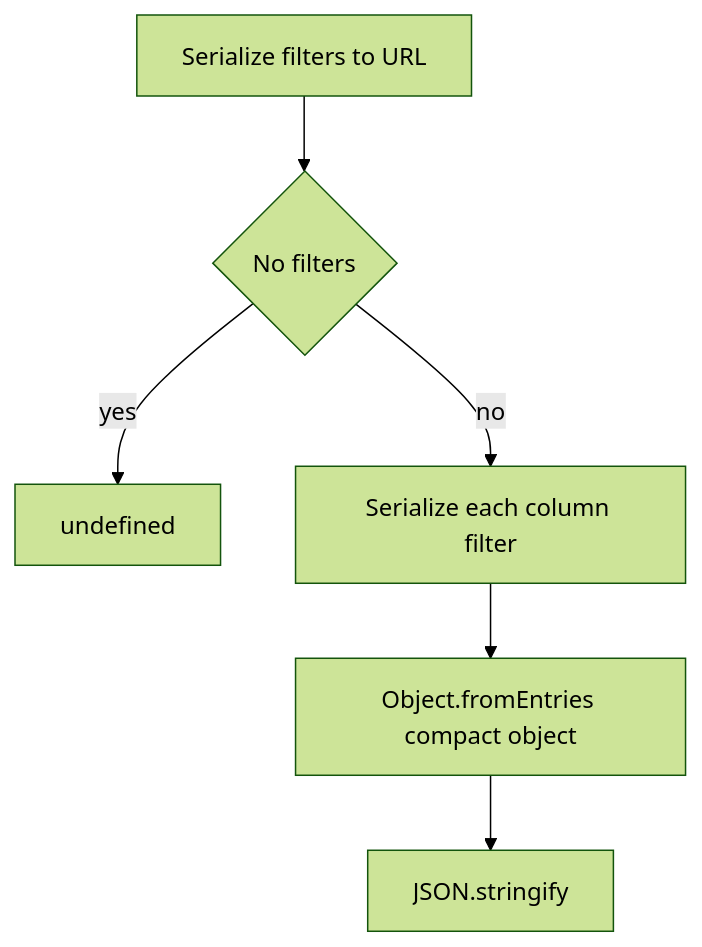
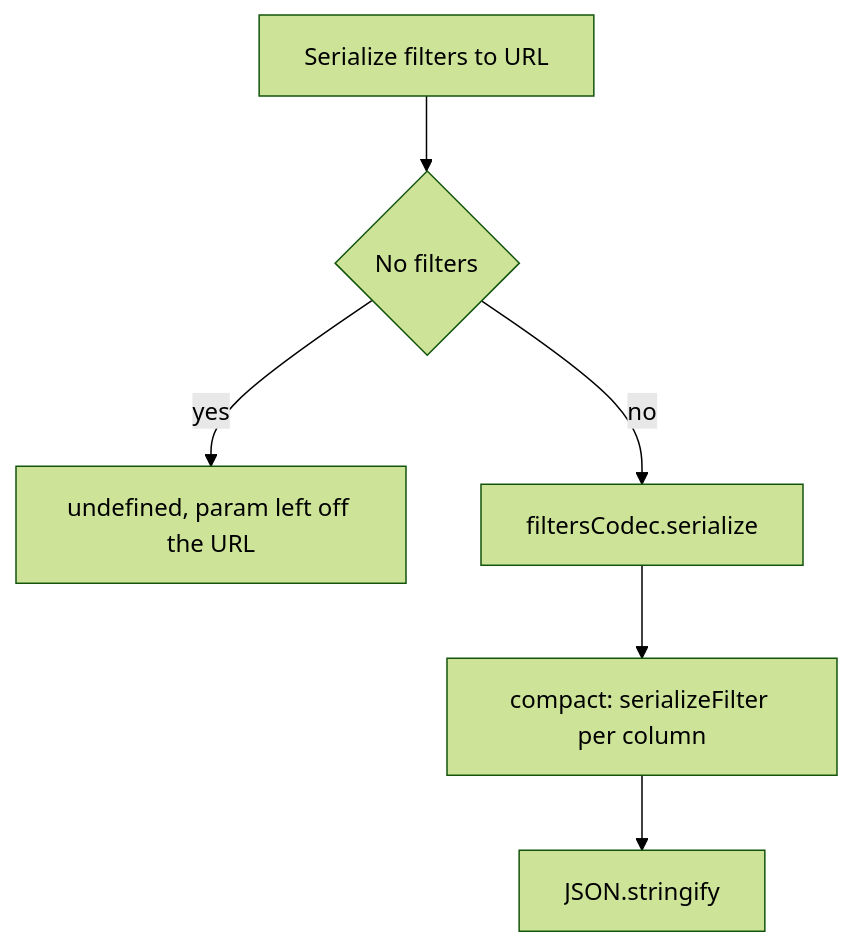
One commit to luciocabrera/lcabrera-stack changed the ninth of 11 diagrams in packages/ui/src/utils/urlState/ARCHITECTURE.md. Above: the diagram before and after it, drawn with Mermaid (forest theme). The commit also changed other lines of this file and 22 other files, not shown here.

First line of the commit message:
feat(ui): a closed-vocabulary URL state codec (#630)

````diff
--- a/packages/ui/src/utils/urlState/ARCHITECTURE.md
+++ b/packages/ui/src/utils/urlState/ARCHITECTURE.md
@@ -163,8 +302,8 @@
 ```mermaid
 flowchart TD
   A[Serialize filters to URL] --> B{No filters}
-  B -- yes --> C[undefined]
-  B -- no --> D[Serialize each column filter]
-  D --> E[Object.fromEntries compact object]
+  B -- yes --> C[undefined, param left off the URL]
+  B -- no --> D[filtersCodec.serialize]
+  D --> E[compact: serializeFilter per column]
   E --> F[JSON.stringify]
 ```
````
